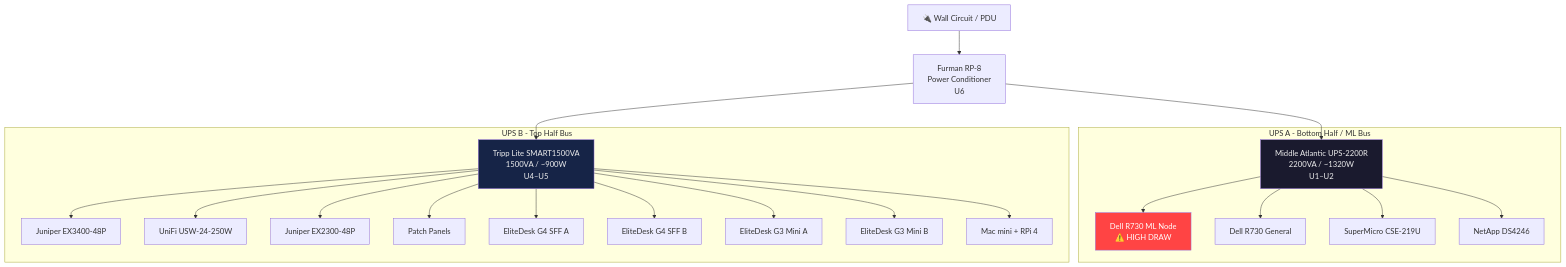
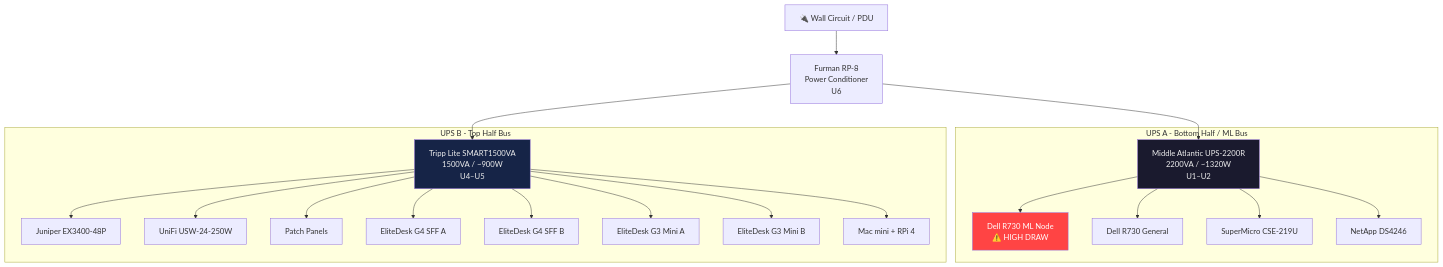
One commit to machismo0311/Home-Lab changed the diagram in vault/Power Distribution.md. Above: the diagram before and after it, drawn with Mermaid. The commit also changed other lines of this file and 13 other files, not shown here.

````diff
--- a/vault/Power Distribution.md
+++ b/vault/Power Distribution.md
@@ -11,32 +11,31 @@
 ```mermaid
 flowchart TB
     WALL[🔌 Wall Circuit / PDU] --> FURMAN[Furman RP-8\nPower Conditioner\nU6]
 
     FURMAN --> UPSA
     FURMAN --> UPSB
 
     subgraph UPSA_ZONE["UPS A - Bottom Half / ML Bus"]
         UPSA[Middle Atlantic UPS-2200R\n2200VA / ~1320W\nU1–U2]
         UPSA --> R730ML[Dell R730 ML Node\n⚠️ HIGH DRAW]
         UPSA --> R730GEN[Dell R730 General]
         UPSA --> SM[SuperMicro CSE-219U]
         UPSA --> DS4246[NetApp DS4246]
     end
 
     subgraph UPSB_ZONE["UPS B - Top Half Bus"]
         UPSB[Tripp Lite SMART1500VA\n1500VA / ~900W\nU4–U5]
         UPSB --> EX3400[Juniper EX3400-48P]
         UPSB --> USW[UniFi USW-24-250W]
-        UPSB --> EX2300[Juniper EX2300-48P]
         UPSB --> PATCH[Patch Panels]
         UPSB --> G4A[EliteDesk G4 SFF A]
         UPSB --> G4B[EliteDesk G4 SFF B]
         UPSB --> G3A[EliteDesk G3 Mini A]
         UPSB --> G3B[EliteDesk G3 Mini B]
         UPSB --> MACPI[Mac mini + RPi 4]
     end
 
     style R730ML fill:#ff4444,color:#fff
     style UPSA fill:#1a1a2e,color:#eee
     style UPSB fill:#162447,color:#eee
 ```
````
